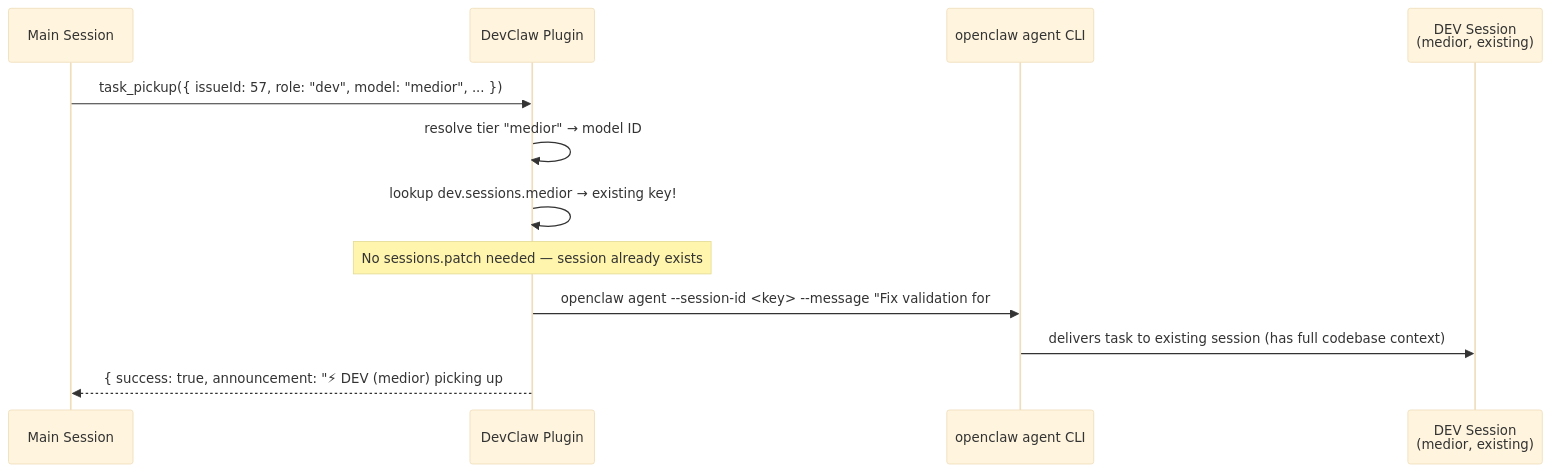
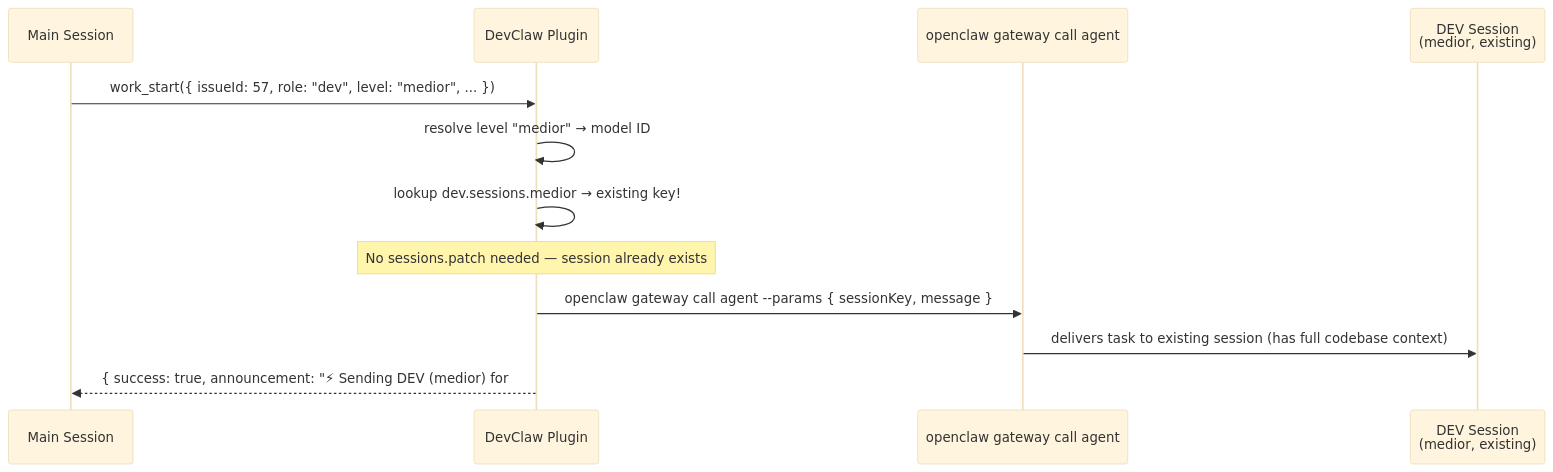
Before and after one commit to StrongheartedX/devclaw: the third of 10 diagrams in docs/ARCHITECTURE.md, drawn with Mermaid (base theme). The commit also changed other lines of this file and 10 other files, not shown here.

````diff
--- a/docs/ARCHITECTURE.md
+++ b/docs/ARCHITECTURE.md
@@ -207,15 +207,15 @@
 ```mermaid
 sequenceDiagram
     participant MS as Main Session
     participant DC as DevClaw Plugin
-    participant CLI as openclaw agent CLI
+    participant CLI as openclaw gateway call agent
     participant DEV as DEV Session<br/>(medior, existing)
 
-    MS->>DC: task_pickup({ issueId: 57, role: "dev", model: "medior", ... })
-    DC->>DC: resolve tier "medior" → model ID
+    MS->>DC: work_start({ issueId: 57, role: "dev", level: "medior", ... })
+    DC->>DC: resolve level "medior" → model ID
     DC->>DC: lookup dev.sessions.medior → existing key!
     Note over DC: No sessions.patch needed — session already exists
-    DC->>CLI: openclaw agent --session-id <key> --message "Fix validation for #57..."
+    DC->>CLI: openclaw gateway call agent --params { sessionKey, message }
     CLI->>DEV: delivers task to existing session (has full codebase context)
-    DC-->>MS: { success: true, announcement: "⚡ DEV (medior) picking up #57" }
+    DC-->>MS: { success: true, announcement: "⚡ Sending DEV (medior) for #57" }
 ```
````
